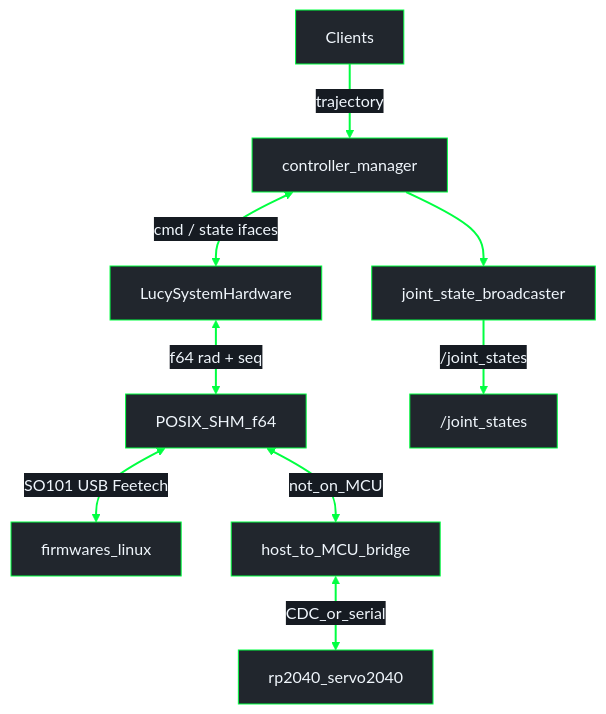
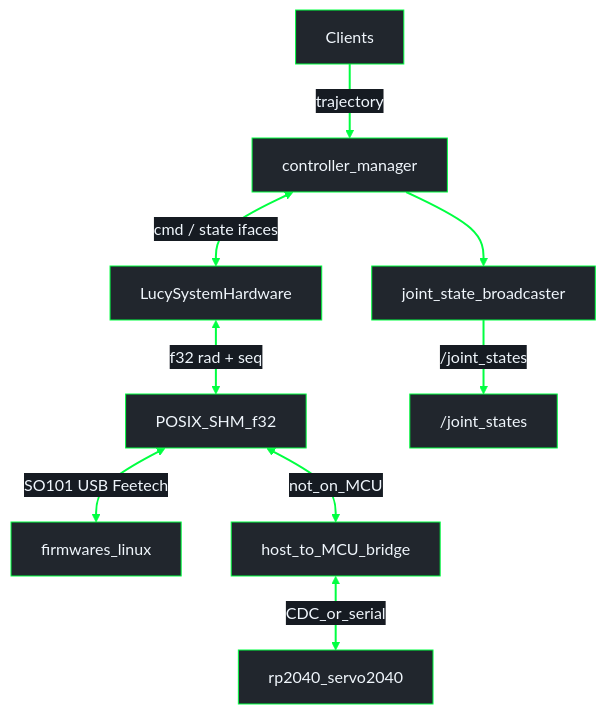
The diagram in docs/ROS2_CONTROL.md (Lucy-Robotics/lucy_ros_packages), drawn with Mermaid before and after one commit. The commit also changed other lines of this file and 14 other files, not shown here.

````diff
--- a/docs/ROS2_CONTROL.md
+++ b/docs/ROS2_CONTROL.md
@@ -39,22 +39,22 @@
 ```mermaid
 %%{init: {"theme": "base", "themeVariables": {"darkMode": true, "background": "#0d1117", "mainBkg": "#21262d", "primaryColor": "#21262d", "primaryTextColor": "#f0f6fc", "primaryBorderColor": "#00FF41", "secondaryColor": "#161b22", "secondaryTextColor": "#f0f6fc", "secondaryBorderColor": "#00FF41", "tertiaryColor": "#161b22", "tertiaryTextColor": "#f0f6fc", "tertiaryBorderColor": "#00FF41", "lineColor": "#00FF41", "textColor": "#f0f6fc", "nodeTextColor": "#f0f6fc", "edgeLabelBackground": "#161b22", "clusterBkg": "#0d1117", "clusterBorder": "#00FF41", "titleColor": "#f0f6fc"}}}%%
 flowchart TB
   Clients["Clients"]
   CM["controller_manager"]
   HI["LucySystemHardware"]
-  SHM["POSIX_SHM_f64"]
+  SHM["POSIX_SHM_f32"]
   LinuxFW["firmwares_linux"]
   Bridge["host_to_MCU_bridge"]
   FW["rp2040_servo2040"]
   JS["joint_state_broadcaster"]
 
   Clients -->|"trajectory"| CM
   CM <-->|"cmd / state ifaces"| HI
   CM --> JS
   JS -->|"/joint_states"| Topic["/joint_states"]
-  HI <-->|"f64 rad + seq"| SHM
+  HI <-->|"f32 rad + seq"| SHM
   SHM <-->|"SO101 USB Feetech"| LinuxFW
   SHM <-->|"not_on_MCU"| Bridge
   Bridge <-->|"CDC_or_serial"| FW
   linkStyle default stroke:#00FF41,stroke-width:2px
 ```
````
